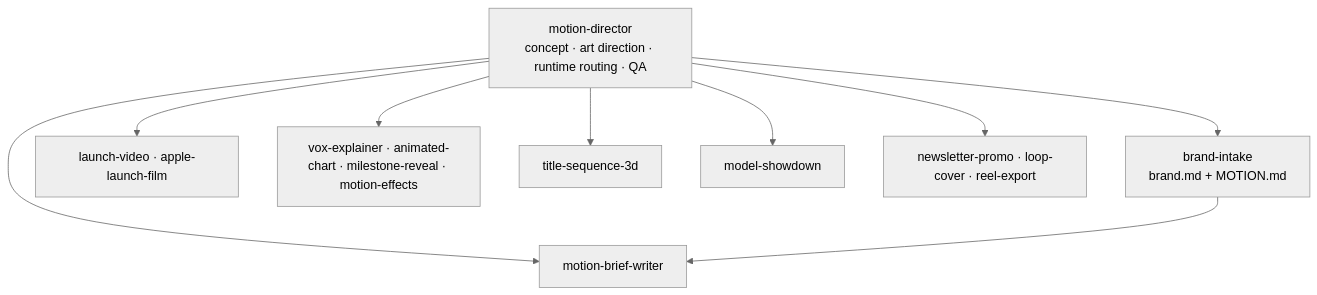
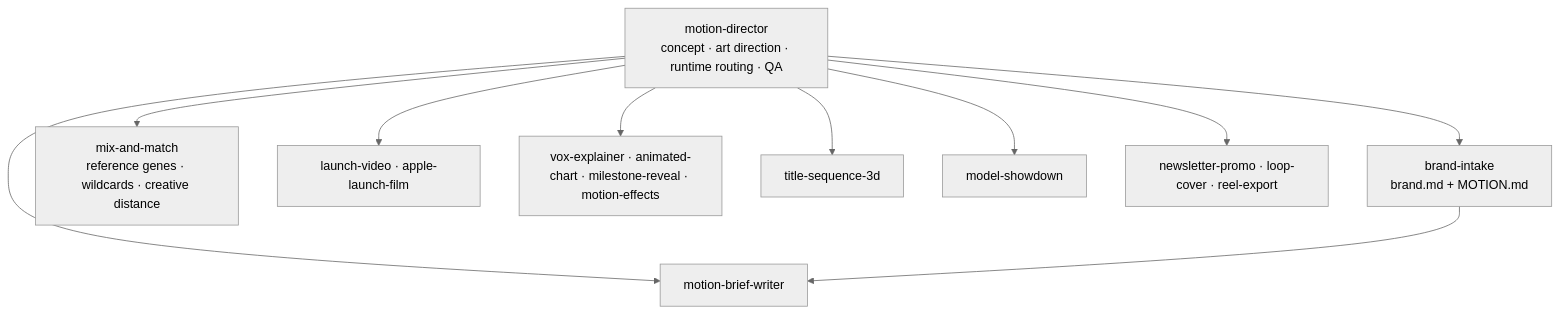
The diagram in README.md (imMamdouhaboammar/motion-graphics-skills), drawn with Mermaid (neutral theme) before and after one commit. The commit also changed other lines of this file, not shown here.

Commit message:
docs: add mix-and-match to skill pack

````diff
--- a/README.md
+++ b/README.md
@@ -196,20 +197,22 @@
 ```mermaid
 flowchart TD
   D["motion-director<br/>concept · art direction · runtime routing · QA"]
   B["brand-intake<br/>brand.md + MOTION.md"]
   P["motion-brief-writer"]
+  M["mix-and-match<br/>reference genes · wildcards · creative distance"]
   L["launch-video · apple-launch-film"]
   E["vox-explainer · animated-chart · milestone-reveal · motion-effects"]
   O["title-sequence-3d"]
   X["model-showdown"]
   R["newsletter-promo · loop-cover · reel-export"]
 
   D --> B
   D --> P
+  D --> M
   D --> L
   D --> E
   D --> O
   D --> X
   D --> R
   B --> P
 ```
````
